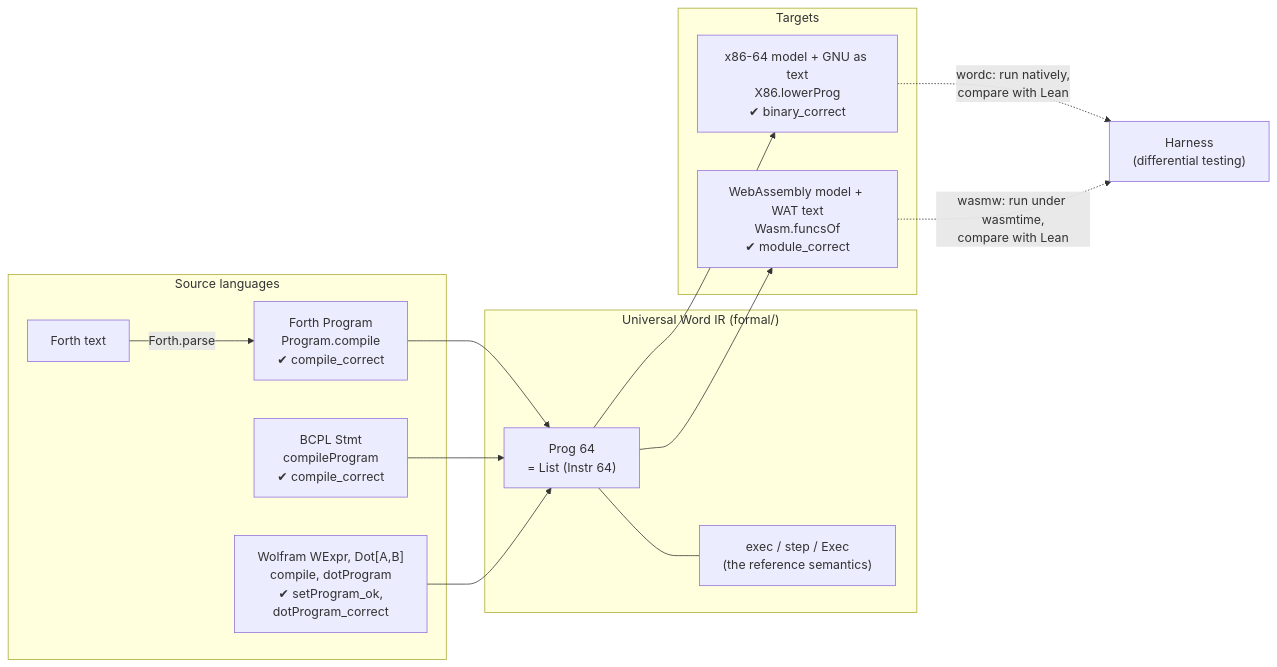
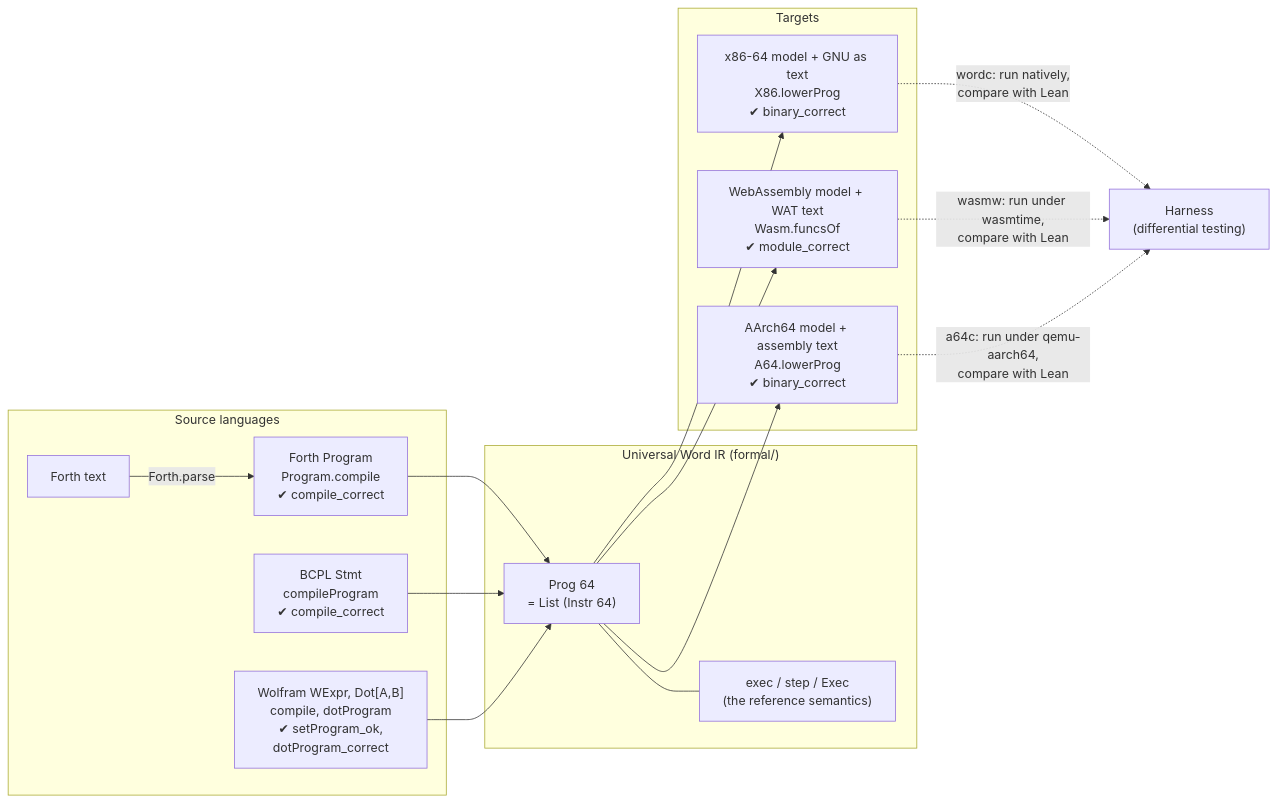
One commit to SNAPKITTYAGENT9NOVA/ai-free changed the first of 17 diagrams in docs/README.md. Above: the diagram before and after it, drawn with Mermaid. The commit also changed other lines of this file and 28 other files, not shown here.

````diff
--- a/docs/README.md
+++ b/docs/README.md
@@ -30,26 +31,29 @@
 ```mermaid
 flowchart LR
   subgraph Sources["Source languages"]
     F["Forth text"]
     FB["Forth Program<br/>Program.compile<br/>✔ compile_correct"]
     B["BCPL Stmt<br/>compileProgram<br/>✔ compile_correct"]
     W["Wolfram WExpr, Dot[A,B]<br/>compile, dotProgram<br/>✔ setProgram_ok,<br/>dotProgram_correct"]
   end
   subgraph IR["Universal Word IR (formal/)"]
     P["Prog 64<br/>= List (Instr 64)"]
     S["exec / step / Exec<br/>(the reference semantics)"]
   end
   subgraph Targets["Targets"]
     X["x86-64 model + GNU as text<br/>X86.lowerProg<br/>✔ binary_correct"]
     WA["WebAssembly model + WAT text<br/>Wasm.funcsOf<br/>✔ module_correct"]
+    AR["AArch64 model + assembly text<br/>A64.lowerProg<br/>✔ binary_correct"]
   end
   F -->|"Forth.parse"| FB
   FB --> P
   B --> P
   W --> P
   P --- S
   P --> X
   P --> WA
+  P --> AR
   X -.->|"wordc: run natively,<br/>compare with Lean"| H["Harness<br/>(differential testing)"]
   WA -.->|"wasmw: run under wasmtime,<br/>compare with Lean"| H
+  AR -.->|"a64c: run under qemu-aarch64,<br/>compare with Lean"| H
 ```
````
